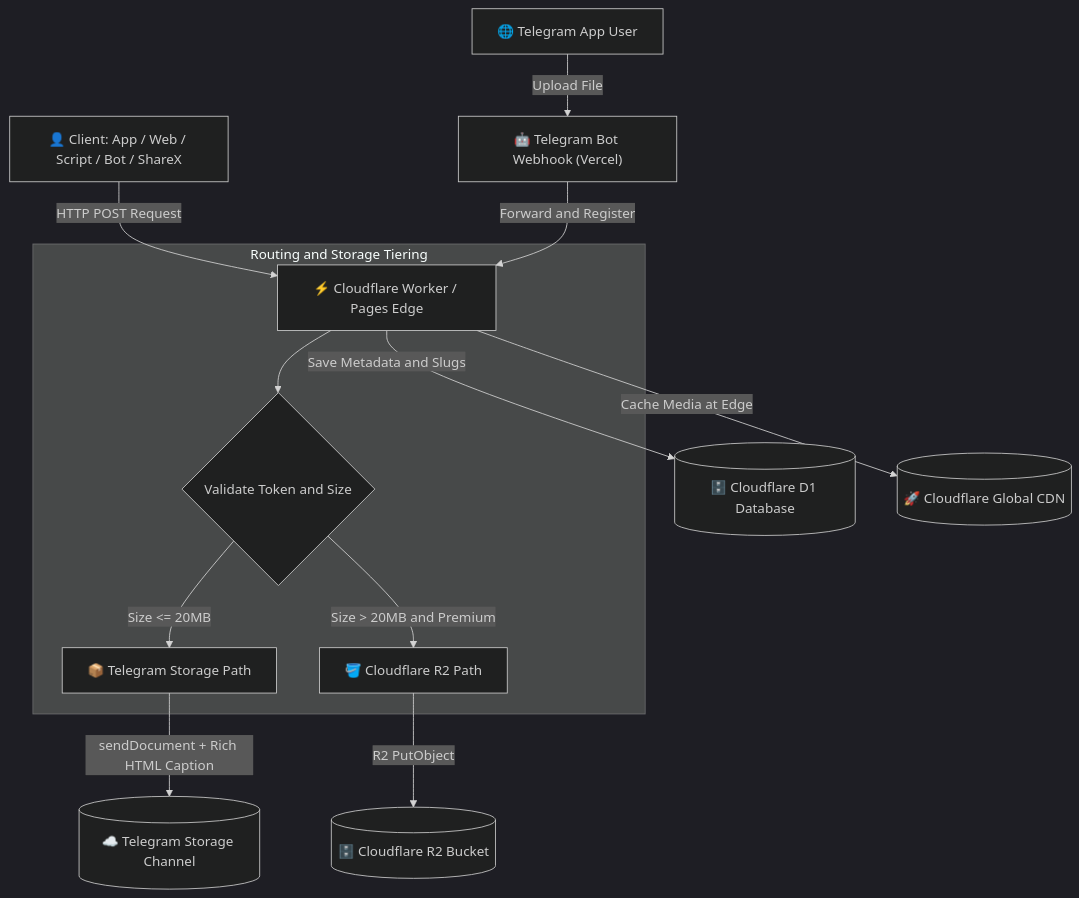
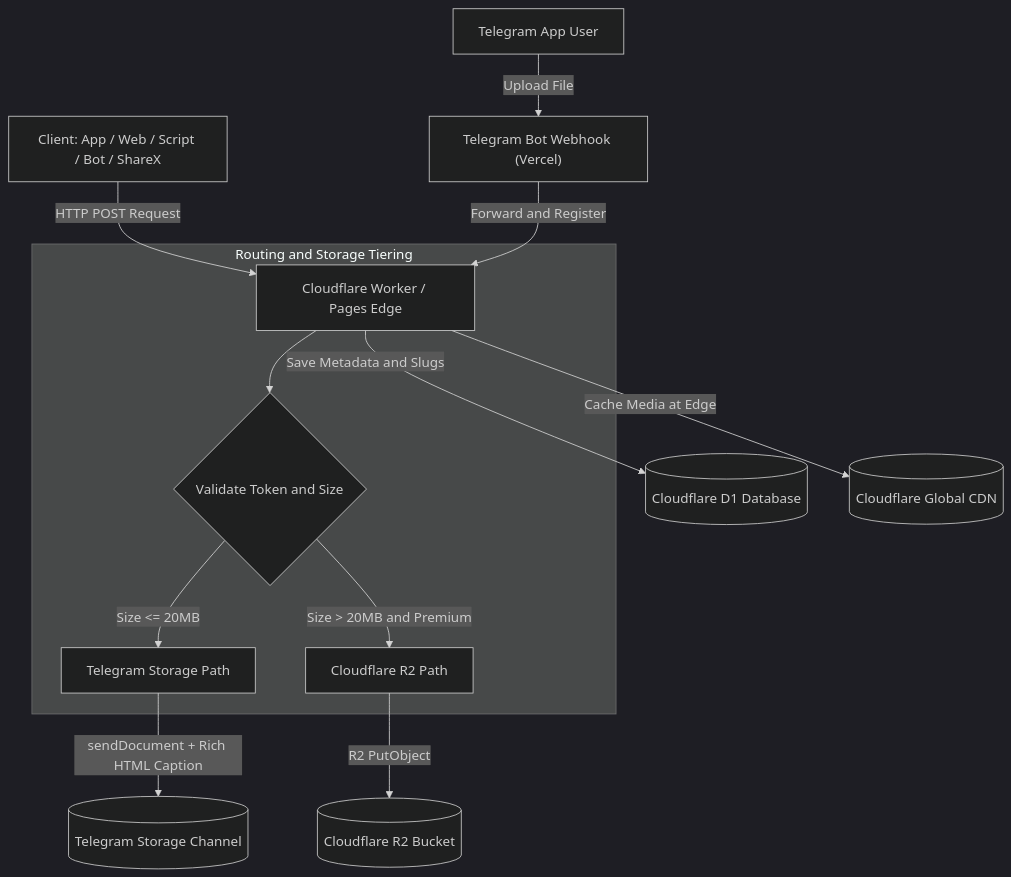
Before and after one commit to dhyeyppatel/Image-Hosting: the diagram in README.md, drawn with Mermaid (dark theme). The commit also changed other lines of this file, not shown here.

Commit message:
docs: update README with decoupled architecture, REST API reference, and zero emojis

````diff
--- a/README.md
+++ b/README.md
@@ -42,19 +43,19 @@
 ```mermaid
 flowchart TD
-    Client["👤 Client: App / Web / Script / Bot / ShareX"] -->|HTTP POST Request| CF["⚡ Cloudflare Worker / Pages Edge"]
+    Client["Client: App / Web / Script / Bot / ShareX"] -->|HTTP POST Request| CF["Cloudflare Worker / Pages Edge"]
     
     subgraph RoutingAuth["Routing and Storage Tiering"]
         CF --> Auth{"Validate Token and Size"}
-        Auth -->|"Size <= 20MB"| TGRoute["📦 Telegram Storage Path"]
-        Auth -->|"Size > 20MB and Premium"| R2Route["🪣 Cloudflare R2 Path"]
+        Auth -->|"Size <= 20MB"| TGRoute["Telegram Storage Path"]
+        Auth -->|"Size > 20MB and Premium"| R2Route["Cloudflare R2 Path"]
     end
 
-    TGRoute -->|"sendDocument + Rich HTML Caption"| TG[("☁️ Telegram Storage Channel")]
-    R2Route -->|"R2 PutObject"| R2[("🗄️ Cloudflare R2 Bucket")]
+    TGRoute -->|"sendDocument + Rich HTML Caption"| TG[("Telegram Storage Channel")]
+    R2Route -->|"R2 PutObject"| R2[("Cloudflare R2 Bucket")]
 
-    CF -->|"Save Metadata and Slugs"| D1[("🗄️ Cloudflare D1 Database")]
-    CF -->|"Cache Media at Edge"| Cache[("🚀 Cloudflare Global CDN")]
+    CF -->|"Save Metadata and Slugs"| D1[("Cloudflare D1 Database")]
+    CF -->|"Cache Media at Edge"| Cache[("Cloudflare Global CDN")]
 
-    ClientWeb["🌐 Telegram App User"] -->|"Upload File"| Bot["🤖 Telegram Bot Webhook (Vercel)"]
+    ClientWeb["Telegram App User"] -->|"Upload File"| Bot["Telegram Bot Webhook (Vercel)"]
     Bot -->|"Forward and Register"| CF
 ```
````
